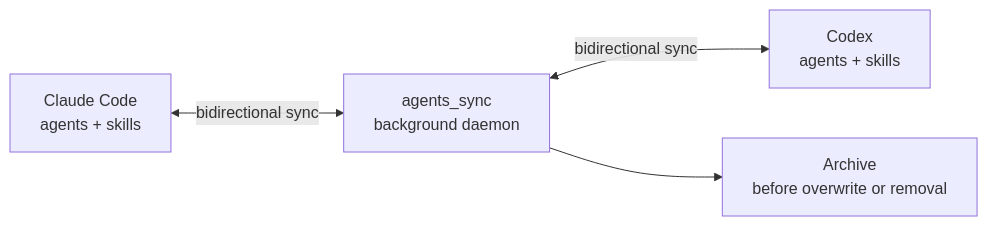
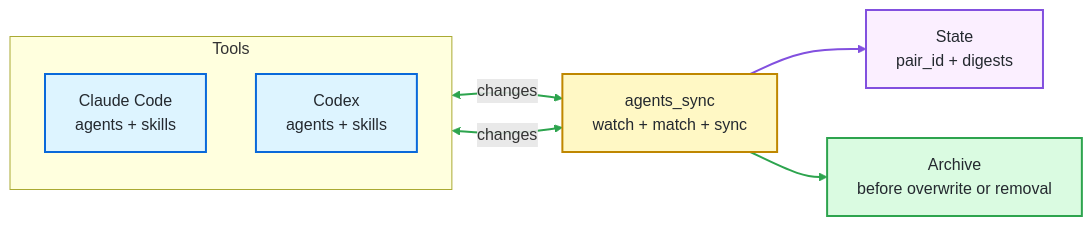
Before and after one commit to cognitivesand/agents_sync: the diagram in README.md, drawn with Mermaid. The commit also changed other lines of this file and 1 other file, not shown here.

````diff
--- a/README.md
+++ b/README.md
@@ -25,11 +59,31 @@
 ```mermaid
 flowchart LR
-    Claude["Claude Code\nagents + skills"]
-    Sync["agents_sync\nbackground daemon"]
-    Codex["Codex\nagents + skills"]
-    Archive["Archive\nbefore overwrite or removal"]
+    subgraph Tools["Tools"]
+        direction TB
+        Claude["Claude Code<br/>agents + skills"]
+        Codex["Codex<br/>agents + skills"]
+    end
 
-    Claude <-->|bidirectional sync| Sync
-    Sync <-->|bidirectional sync| Codex
+    Sync["agents_sync<br/>watch + match + sync"]
+    State["State<br/>pair_id + digests"]
+    Archive["Archive<br/>before overwrite or removal"]
+
+    Claude <-->|changes| Sync
+    Codex <-->|changes| Sync
+    Sync --> State
     Sync --> Archive
+
+    classDef side fill:#ddf4ff,stroke:#0969da,stroke-width:2px,color:#24292f
+    classDef sync fill:#fff8c5,stroke:#bf8700,stroke-width:2px,color:#24292f
+    classDef state fill:#fbefff,stroke:#8250df,stroke-width:2px,color:#24292f
+    classDef archive fill:#dafbe1,stroke:#2da44e,stroke-width:2px,color:#24292f
+
+    class Claude,Codex side
+    class Sync sync
+    class State state
+    class Archive archive
+
+    linkStyle 0,1 stroke:#2da44e,stroke-width:2px
+    linkStyle 2 stroke:#8250df,stroke-width:2px
+    linkStyle 3 stroke:#2da44e,stroke-width:2px
 ```
````
